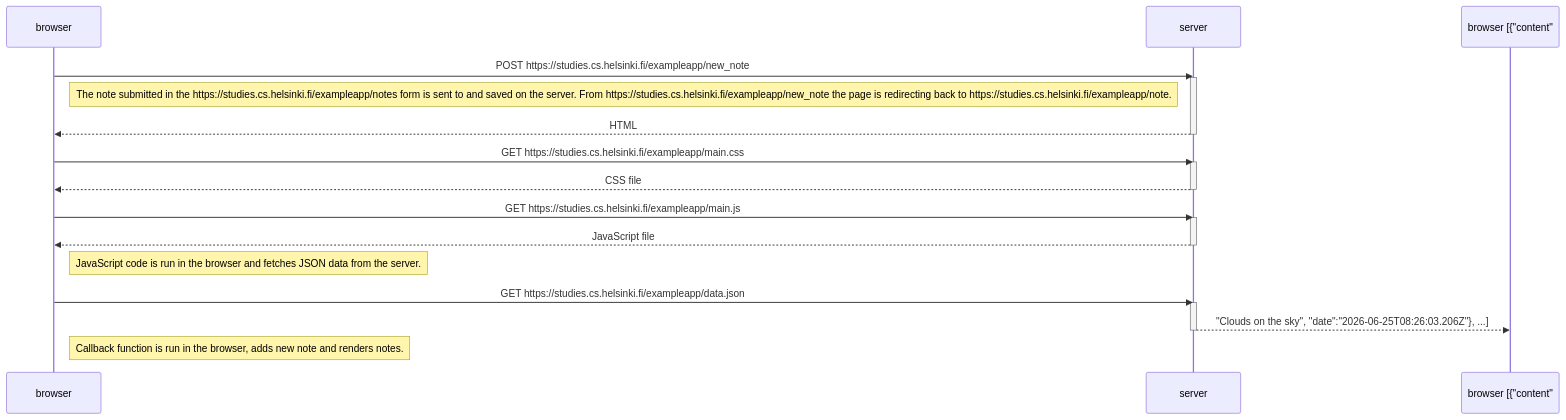
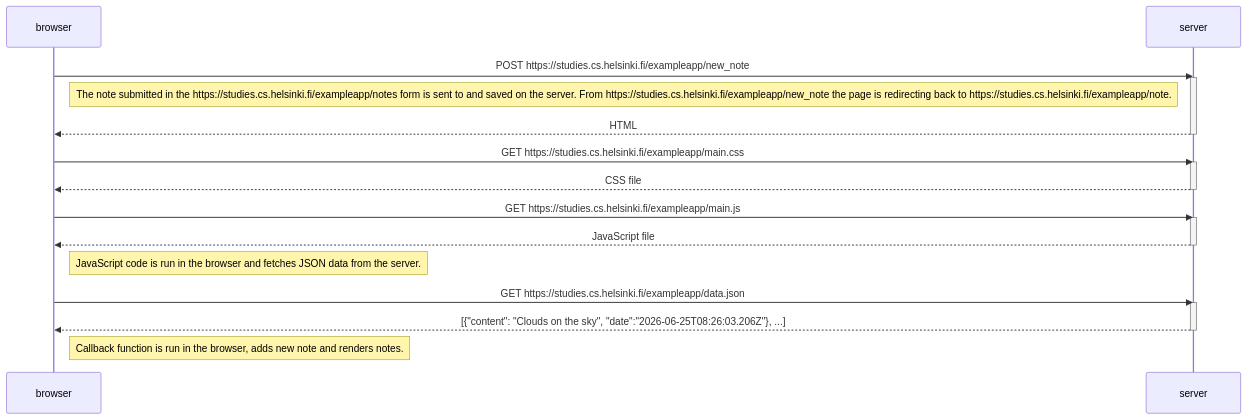
The diagram in adding_note_sequence.md (Sandrowue/FullStackOpen), drawn with Mermaid before and after one commit.

Commit message:
further correction of JSON data example

````diff
--- a/adding_note_sequence.md
+++ b/adding_note_sequence.md
@@ -1,32 +1,32 @@
 ```mermaid
 sequenceDiagram
     participant browser
     participant server
 
     browser->>server: POST https://studies.cs.helsinki.fi/exampleapp/new_note
     activate server
 
     Note right of browser: The note submitted in the https://studies.cs.helsinki.fi/exampleapp/notes form is sent to and saved on the server. From https://studies.cs.helsinki.fi/exampleapp/new_note the page is redirecting back to https://studies.cs.helsinki.fi/exampleapp/note. 
 
     server-->> browser: HTML
     deactivate server
 
     browser->>server: GET https://studies.cs.helsinki.fi/exampleapp/main.css
     activate server
     server-->>browser: CSS file
     deactivate server
 
     browser->>server: GET https://studies.cs.helsinki.fi/exampleapp/main.js
     activate server
     server-->>browser: JavaScript file
     deactivate server
 
     Note right of browser: JavaScript code is run in the browser and fetches JSON data from the server.
 
     browser->>server: GET https://studies.cs.helsinki.fi/exampleapp/data.json
     activate server
-    server-->>browser [{"content": "Clouds on the sky", "date":"2026-06-25T08:26:03.206Z"}, ...] 
+    server-->>browser: [{"content": "Clouds on the sky", "date":"2026-06-25T08:26:03.206Z"}, ...] 
     deactivate server
 
     Note right of browser: Callback function is run in the browser, adds new note and renders notes.
 ```
````
